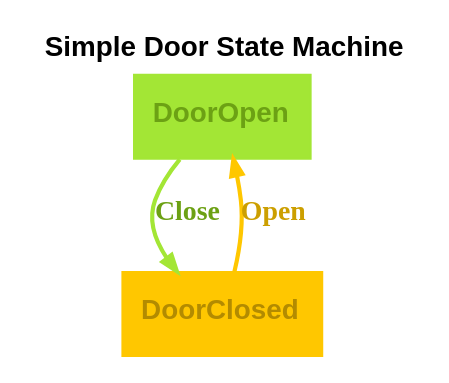
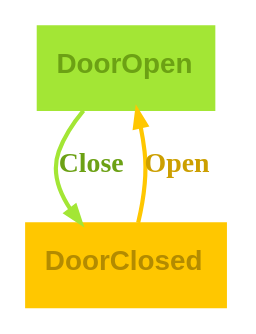
One commit to m-bock/purescript-transit changed the diagram in graphs/simple-door-light.dot. Above: the diagram before and after it, drawn with Graphviz. The commit also changed 22 other files, not shown here.

```diff
--- a/graphs/simple-door-light.dot
+++ b/graphs/simple-door-light.dot
@@ -1,8 +1,8 @@
 digraph 
 {
-rankdir = "TD";fontname = "Arial";label = <<b>Simple Door State Machine</b>>;labelloc = "t";fontsize = 12;bgcolor = "#ffffff";color = "#000000";fontcolor = "#000000"
+rankdir = "TD";fontname = "Arial";labelloc = "t";fontsize = 12;bgcolor = "#ffffff";color = "#000000";fontcolor = "#000000"
 DoorOpen [shape = "box", label = <<b>DoorOpen</b>>, fontsize = 12, style = "filled", fillcolor = "#a3e635", fontcolor = "#6ca114", color = "#a3e635", fontname = "Arial", labelloc = "c", penwidth = 1.0]
 DoorOpen -> DoorClosed [color = "#a3e635", fontcolor = "#6ca114", fontsize = 12, arrowsize = "0.7", label = <<b>Close</b>>, penwidth = 1.8]
 DoorClosed [shape = "box", label = <<b>DoorClosed</b>>, fontsize = 12, style = "filled", fillcolor = "#ffc700", fontcolor = "#b38b00", color = "#ffc700", fontname = "Arial", labelloc = "c", penwidth = 1.0]
 DoorClosed -> DoorOpen [color = "#ffc700", fontcolor = "#cc9f00", fontsize = 12, arrowsize = "0.7", label = <<b>Open</b>>, penwidth = 1.8]
 }
```
